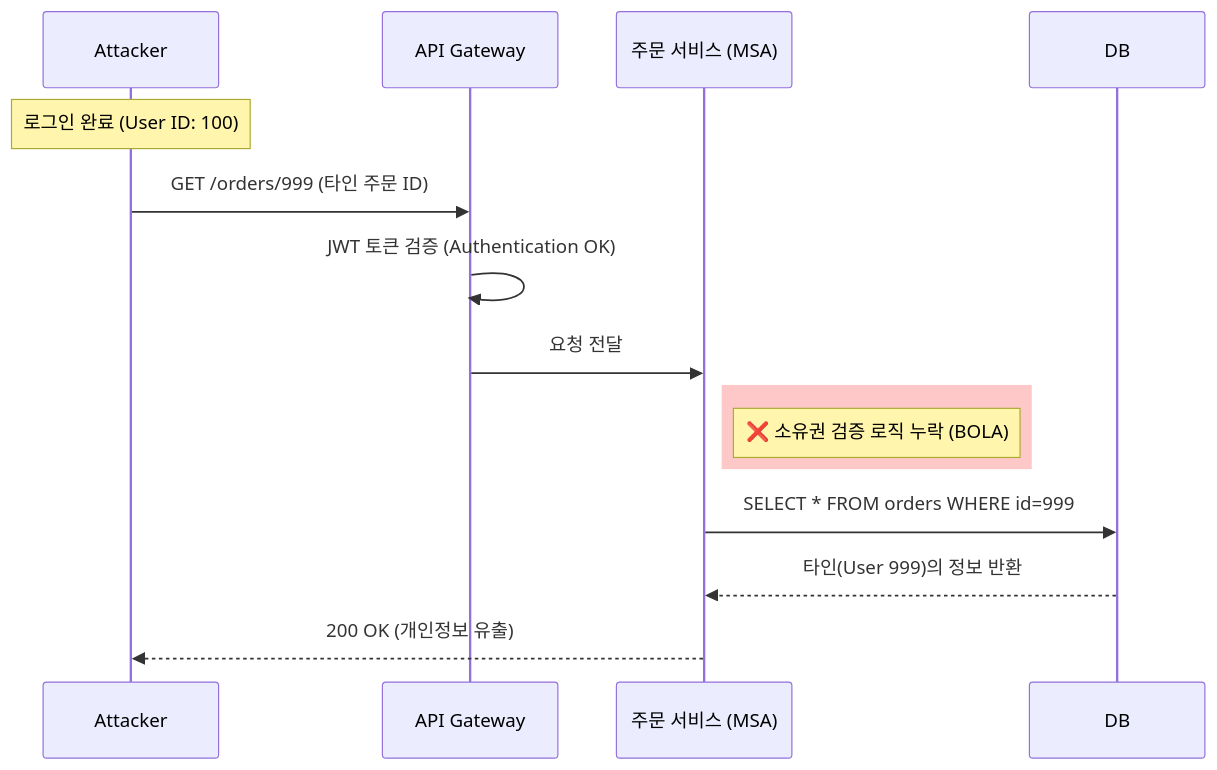
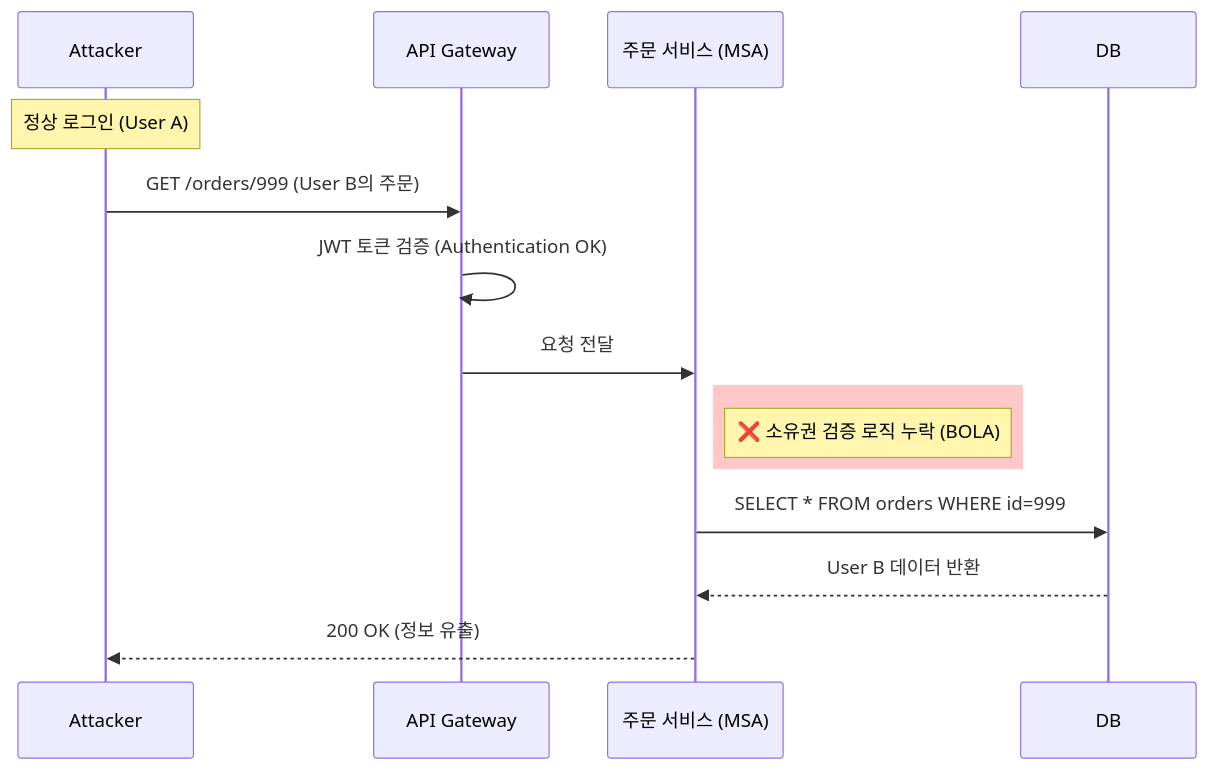
The second of 2 diagrams in _posts/2025-12-01-security-crisis-coupang-upbit.md (sportlight/sportlight.github.io), drawn with Mermaid before and after one commit. The commit also changed other lines of this file, not shown here.

````diff
--- a/_posts/2025-12-01-security-crisis-coupang-upbit.md
+++ b/_posts/2025-12-01-security-crisis-coupang-upbit.md
@@ -62,20 +123,20 @@
 ```mermaid
 sequenceDiagram
     participant Attacker
     participant API_GW as API Gateway
     participant OrderService as 주문 서비스 (MSA)
     participant DB
 
-    Note over Attacker: 로그인 완료 (User ID: 100)
-    Attacker->>API_GW: GET /orders/999 (타인 주문 ID)
+    Note over Attacker: 정상 로그인 (User A)
+    Attacker->>API_GW: GET /orders/999 (User B의 주문)
     API_GW->>API_GW: JWT 토큰 검증 (Authentication OK)
     API_GW->>OrderService: 요청 전달
     
     rect rgb(255, 200, 200)
     Note right of OrderService: ❌ 소유권 검증 로직 누락 (BOLA)
     end
     
     OrderService->>DB: SELECT * FROM orders WHERE id=999
-    DB-->>OrderService: 타인(User 999)의 정보 반환
-    OrderService-->>Attacker: 200 OK (개인정보 유출)
+    DB-->>OrderService: User B 데이터 반환
+    OrderService-->>Attacker: 200 OK (정보 유출)
 ```
````
